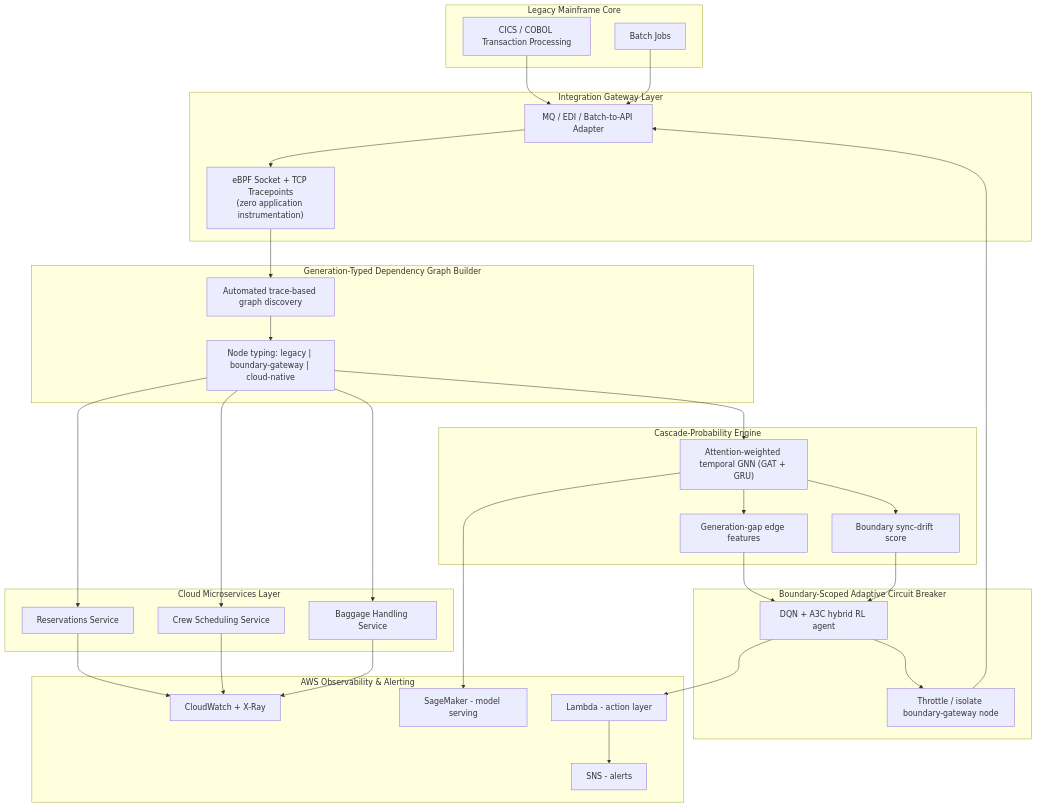
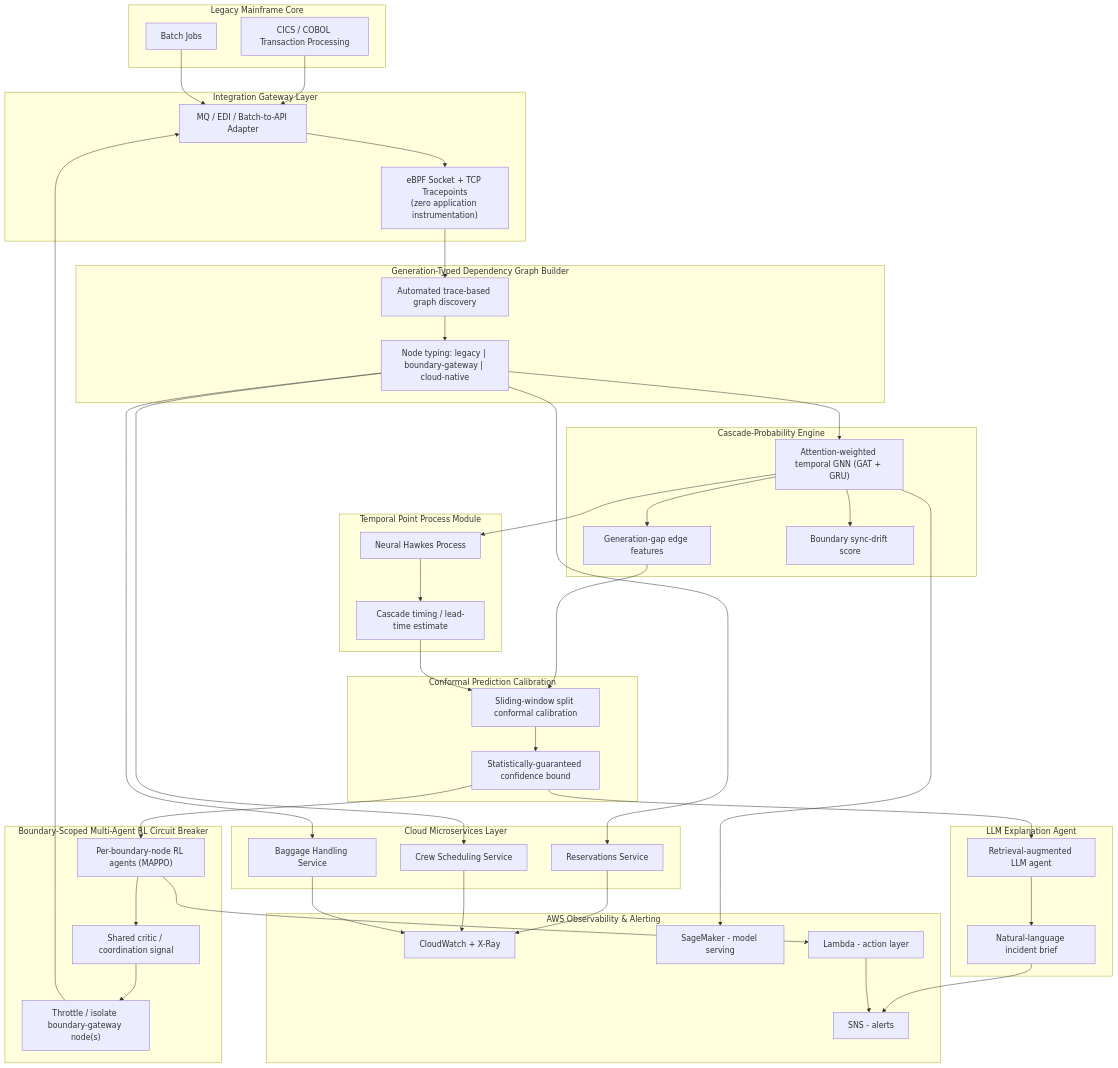
Before and after one commit to Cloud-Health-for-Airlines/Cloud-Service-Health-Monitoring-in-Airlines: the diagram in architecture/architecture-diagram.md, drawn with Mermaid. The commit also changed other lines of this file and 4 other files, not shown here.

Commit message:
Add advanced ML components: temporal point process timing, multi-agent RL circuit breaker, LLM explanation agent, conformal prediction calibration

```diff
--- a/architecture/architecture-diagram.md
+++ b/architecture/architecture-diagram.md
@@ -25,9 +25,25 @@
         P3["Boundary sync-drift score"]
     end
 
-    subgraph Mitigation["Boundary-Scoped Adaptive Circuit Breaker"]
-        M1["DQN + A3C hybrid RL agent"]
-        M2["Throttle / isolate boundary-gateway node"]
+    subgraph Timing["Temporal Point Process Module"]
+        T1["Neural Hawkes Process"]
+        T2["Cascade timing / lead-time estimate"]
+    end
+
+    subgraph Calibration["Conformal Prediction Calibration"]
+        CP1["Sliding-window split conformal calibration"]
+        CP2["Statistically-guaranteed confidence bound"]
+    end
+
+    subgraph Explain["LLM Explanation Agent"]
+        E1["Retrieval-augmented LLM agent"]
+        E2["Natural-language incident brief"]
+    end
+
+    subgraph Mitigation["Boundary-Scoped Multi-Agent RL Circuit Breaker"]
+        M1["Per-boundary-node RL agents (MAPPO)"]
+        M2["Shared critic / coordination signal"]
+        M3["Throttle / isolate boundary-gateway node(s)"]
     end
 
     subgraph Cloud["Cloud Microservices Layer"]
@@ -51,10 +67,18 @@
     D2 --> P1
     P1 --> P2
     P1 --> P3
-    P2 --> M1
-    P3 --> M1
+    P1 --> T1
+    T1 --> T2
+    P2 --> CP1
+    T2 --> CP1
+    CP1 --> CP2
+    CP2 --> E1
+    E1 --> E2
+    CP2 --> M1
     M1 --> M2
-    M2 --> G1
+    M2 --> M3
+    M3 --> G1
+    E2 --> O4
     D2 --> C1
     D2 --> C2
     D2 --> C3
```
